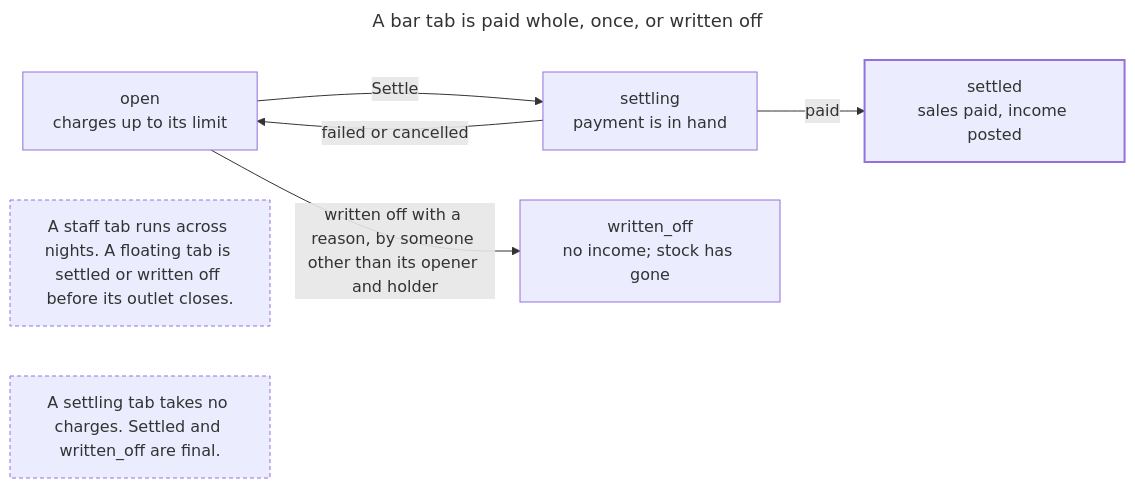
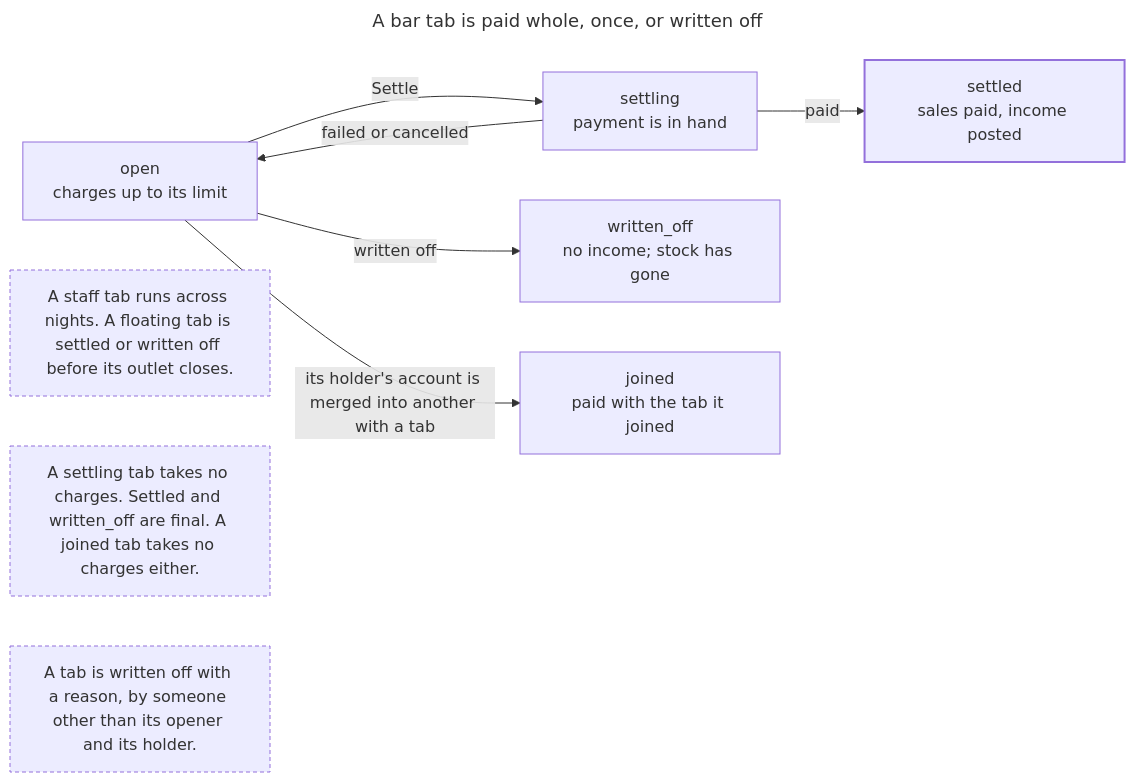
One commit to newtheatre/proscenium changed the second of 2 diagrams in docs/specs/bar/04-rules-and-flows.md. Above: the diagram before and after it, drawn with Mermaid. The commit also changed other lines of this file and 65 other files, not shown here.

````diff
--- a/docs/specs/bar/04-rules-and-flows.md
+++ b/docs/specs/bar/04-rules-and-flows.md
@@ -172,15 +172,18 @@
 ```mermaid
 ---
 title: A bar tab is paid whole, once, or written off
 ---
 flowchart LR
   O["open<br/>charges up to its limit"] -->|"Settle"| G["settling<br/>payment is in hand"]
   G -->|"failed or cancelled"| O
   G -->|"paid"| S["settled<br/>sales paid, income posted"]
-  O -->|"written off with a reason, by someone other than its opener and holder"| W["written_off<br/>no income; stock has gone"]
+  O -->|"written off"| W["written_off<br/>no income; stock has gone"]
+  O -->|"its holder's account is merged into another with a tab"| J["joined<br/>paid with the tab it joined"]
   N1["A staff tab runs across nights. A floating tab is settled or written off before its outlet closes."]
-  N2["A settling tab takes no charges. Settled and written_off are final."]
+  N2["A settling tab takes no charges. Settled and written_off are final. A joined tab takes no charges either."]
+  N3["A tab is written off with a reason, by someone other than its opener and its holder."]
   style S stroke-width: 2px
   style N1 stroke-dasharray: 4 3
   style N2 stroke-dasharray: 4 3
+  style N3 stroke-dasharray: 4 3
 ```
````
